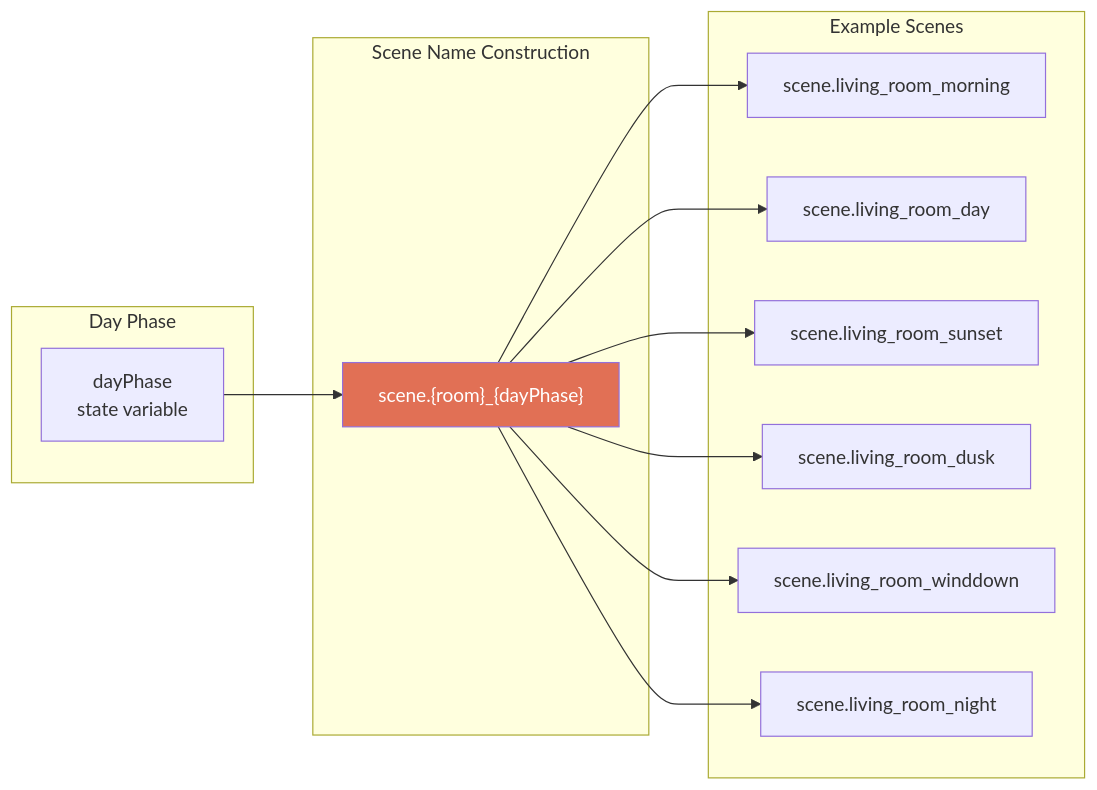
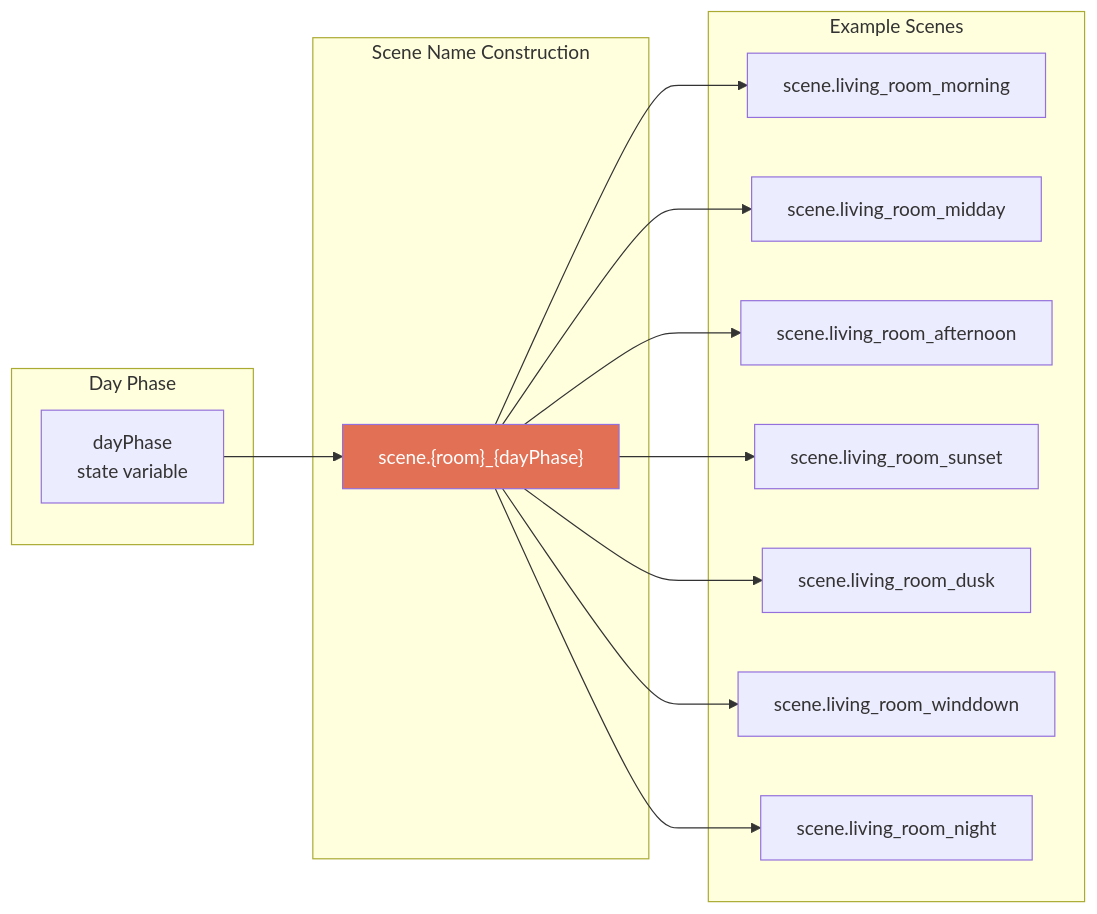
Before and after one commit to NickBorgers/home-automation: the fourth of 6 diagrams in docs/flows/DAY_PHASE_MODES.md, drawn with Mermaid. The commit also changed other lines of this file and 12 other files, not shown here.

First line of the commit message:
feat(dayphase): Add midday and afternoon phases

````diff
--- a/docs/flows/DAY_PHASE_MODES.md
+++ b/docs/flows/DAY_PHASE_MODES.md
@@ -154,29 +166,31 @@
 ```mermaid
 flowchart LR
     subgraph DayPhase["Day Phase"]
         DP["dayPhase<br/>state variable"]
     end
 
     subgraph SceneConstruction["Scene Name Construction"]
         construct["scene.{room}_{dayPhase}"]
     end
 
     subgraph Examples["Example Scenes"]
         ex1["scene.living_room_morning"]
-        ex2["scene.living_room_day"]
+        ex2["scene.living_room_midday"]
+        ex2b["scene.living_room_afternoon"]
         ex3["scene.living_room_sunset"]
         ex4["scene.living_room_dusk"]
         ex5["scene.living_room_winddown"]
         ex6["scene.living_room_night"]
     end
 
     DP --> construct
     construct --> ex1
     construct --> ex2
+    construct --> ex2b
     construct --> ex3
     construct --> ex4
     construct --> ex5
     construct --> ex6
 
     style construct fill:#e17055,color:#fff
 ```
````
